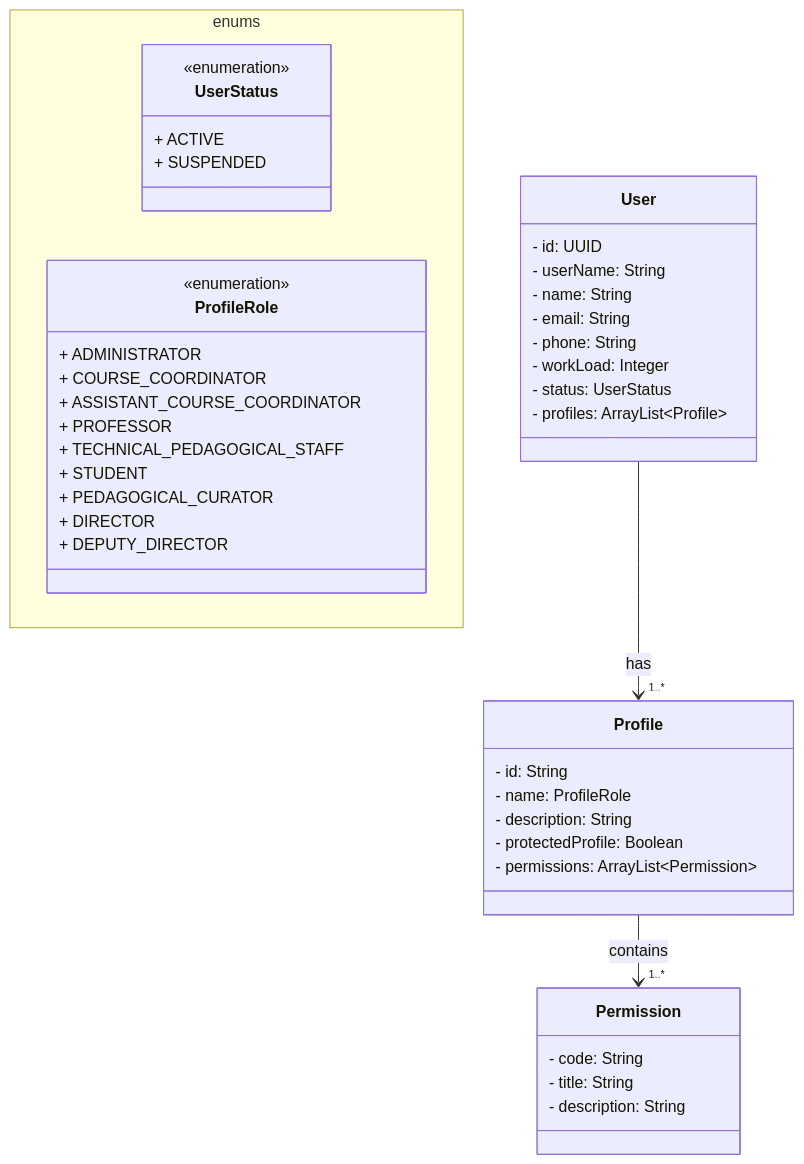
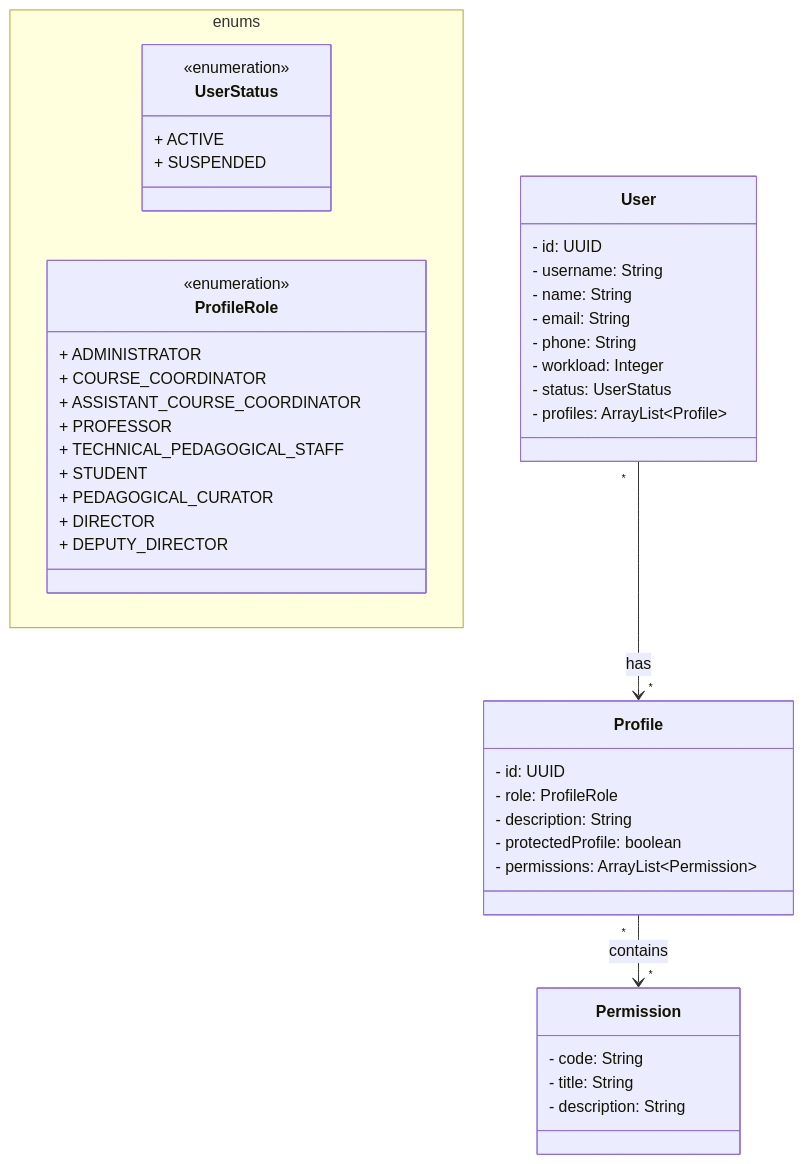
One commit to Hafyki/SOCC-fullstack changed the diagram in README.md. Above: the diagram before and after it, drawn with Mermaid.

Commit message:
Updated diagram class

````diff
--- a/README.md
+++ b/README.md
@@ -18,52 +18,52 @@
 ```mermaid
 classDiagram
 direction TB
 	namespace enums {
         class UserStatus {
             + ACTIVE
             + SUSPENDED
         }
 
         class ProfileRole {
             + ADMINISTRATOR
             + COURSE_COORDINATOR
             + ASSISTANT_COURSE_COORDINATOR
             + PROFESSOR
             + TECHNICAL_PEDAGOGICAL_STAFF
             + STUDENT
             + PEDAGOGICAL_CURATOR
             + DIRECTOR
             + DEPUTY_DIRECTOR
         }
 	}
 
     class User {
 	    - id: UUID
-	    - userName: String
+	    - username: String
 	    - name: String
 	    - email: String
 	    - phone: String
-	    - workLoad: Integer
+	    - workload: Integer
 	    - status: UserStatus
 	    - profiles: ArrayList~Profile~
     }
     class Profile {
-	    - id: String
-	    - name: ProfileRole
+	    - id: UUID
+	    - role: ProfileRole
 	    - description: String
-	    - protectedProfile: Boolean
+	    - protectedProfile: boolean
 	    - permissions: ArrayList~Permission~
     }
     
     class Permission {
         - code: String
         - title: String
         - description: String
     }
     
 	<<enumeration>> UserStatus
 	<<enumeration>> ProfileRole
 
-    User --> "1..*" Profile : has
-    Profile --> "1..*" Permission : contains
+    User "*" --> "*" Profile : has
+    Profile "*" --> "*" Permission : contains
 ```
````
